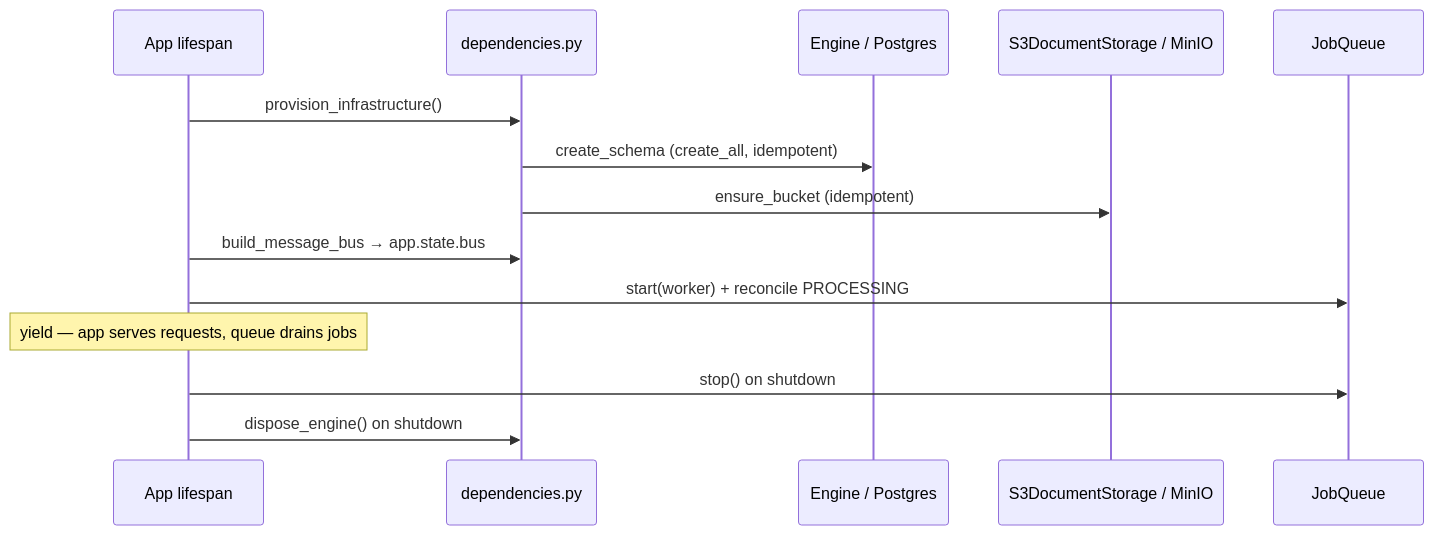
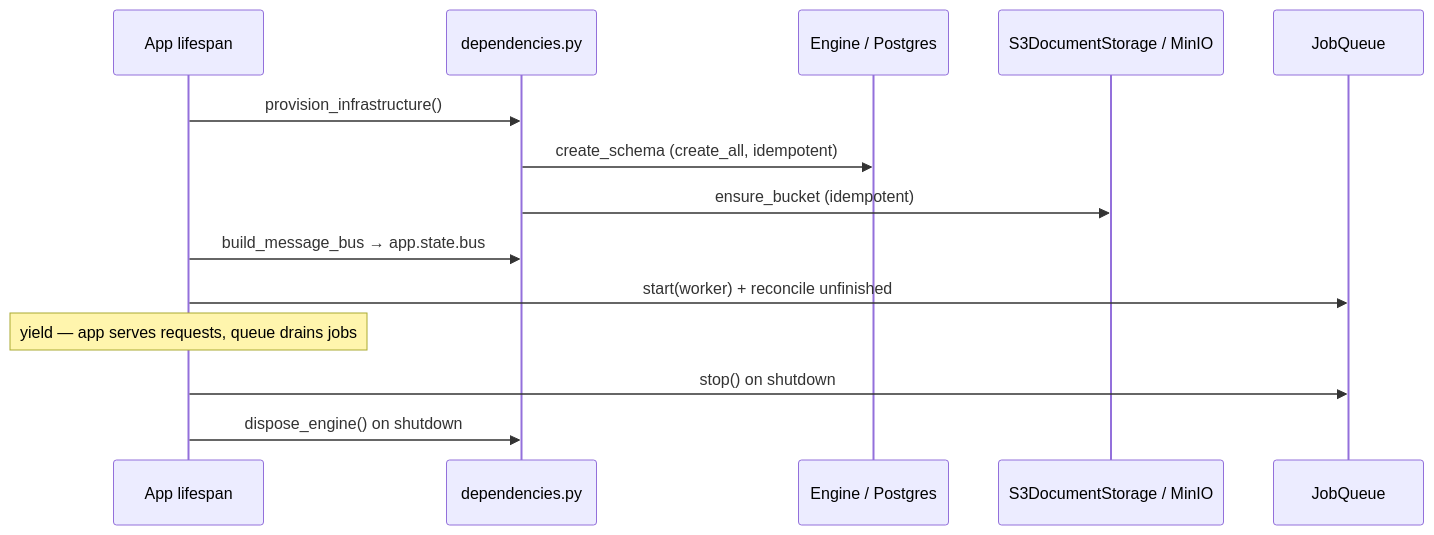
Before and after one commit to jacogro13/Cicero: the eighth of 8 diagrams in docs/architecture.md, drawn with Mermaid. The commit also changed other lines of this file, not shown here.

Commit message:
docs(architecture): the stage table; recovery collapses into dispatch

````diff
--- a/docs/architecture.md
+++ b/docs/architecture.md
@@ -327,16 +344,16 @@
 ```mermaid
 sequenceDiagram
     participant L as App lifespan
     participant D as dependencies.py
     participant E as Engine / Postgres
     participant S as S3DocumentStorage / MinIO
     participant Q as JobQueue
     L->>D: provision_infrastructure()
     D->>E: create_schema (create_all, idempotent)
     D->>S: ensure_bucket (idempotent)
     L->>D: build_message_bus → app.state.bus
-    L->>Q: start(worker) + reconcile PROCESSING
+    L->>Q: start(worker) + reconcile unfinished
     Note over L: yield — app serves requests, queue drains jobs
     L->>Q: stop() on shutdown
     L->>D: dispose_engine() on shutdown
 ```
````
